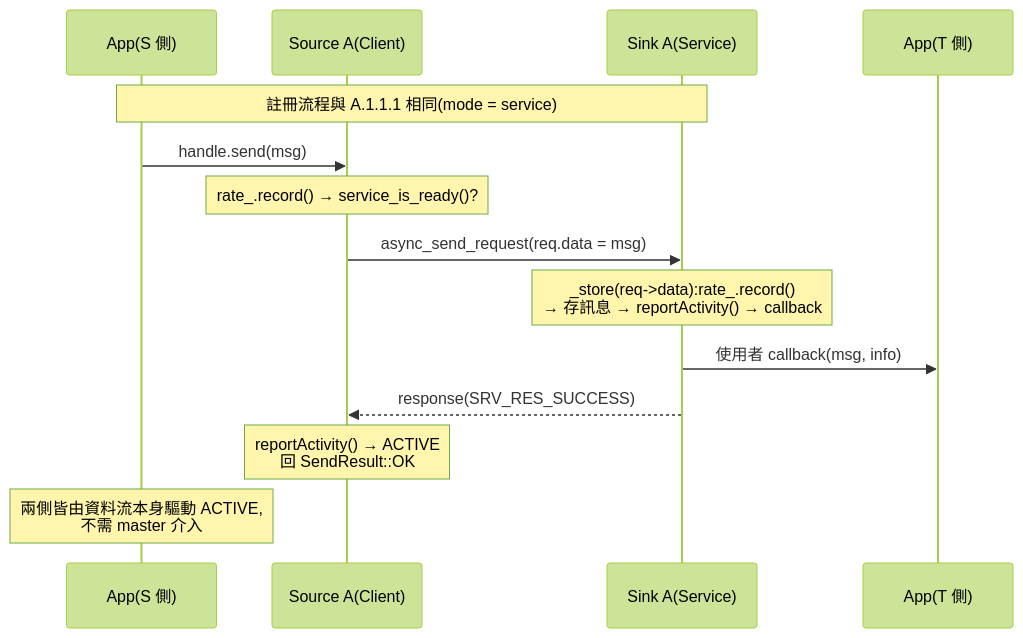
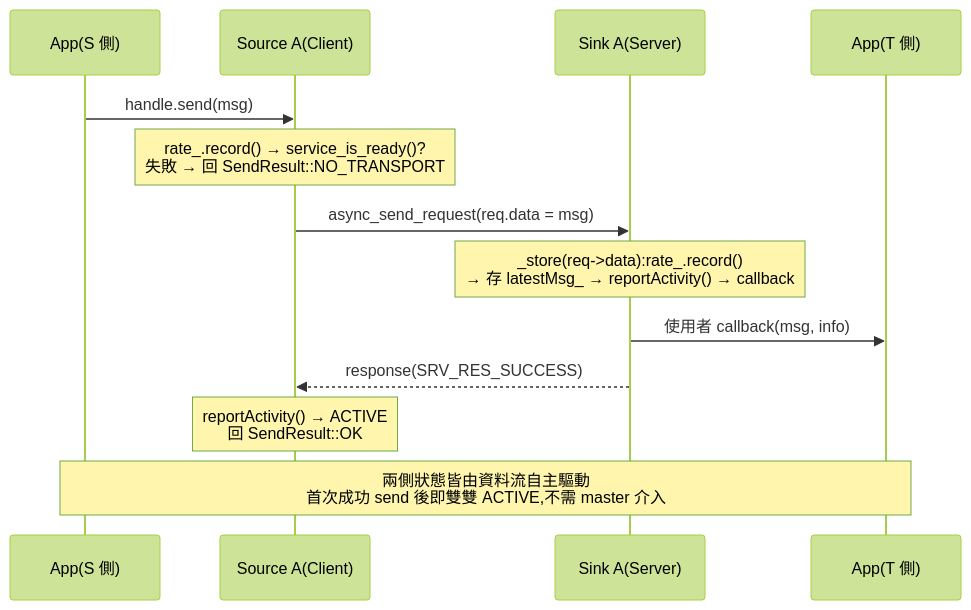
Before and after one commit to cocobird231/rv2_project: diagram 26 of 42 in r1_design_draft.md, drawn with Mermaid (forest theme). The commit also changed other lines of this file, not shown here.

````diff
--- a/r1_design_draft.md
+++ b/r1_design_draft.md
@@ -1616,17 +2057,16 @@
 ```mermaid
 sequenceDiagram
     participant App as App(S 側)
     participant Src as Source A(Client)
-    participant Snk as Sink A(Service)
+    participant Snk as Sink A(Server)
     participant AppT as App(T 側)
 
-    Note over App,Snk: 註冊流程與 A.1.1.1 相同(mode = service)
     App->>Src: handle.send(msg)
-    Note over Src: rate_.record() → service_is_ready()?
+    Note over Src: rate_.record() → service_is_ready()?<br/>失敗 → 回 SendResult::NO_TRANSPORT
     Src->>Snk: async_send_request(req.data = msg)
-    Note over Snk: _store(req->data):rate_.record()<br/>→ 存訊息 → reportActivity() → callback
+    Note over Snk: _store(req->data):rate_.record()<br/>→ 存 latestMsg_ → reportActivity() → callback
     Snk->>AppT: 使用者 callback(msg, info)
     Snk-->>Src: response(SRV_RES_SUCCESS)
     Note over Src: reportActivity() → ACTIVE<br/>回 SendResult::OK
-    Note over App: 兩側皆由資料流本身驅動 ACTIVE,<br/>不需 master 介入
+    Note over App,AppT: 兩側狀態皆由資料流自主驅動<br/>首次成功 send 後即雙雙 ACTIVE,不需 master 介入
 ```
````
